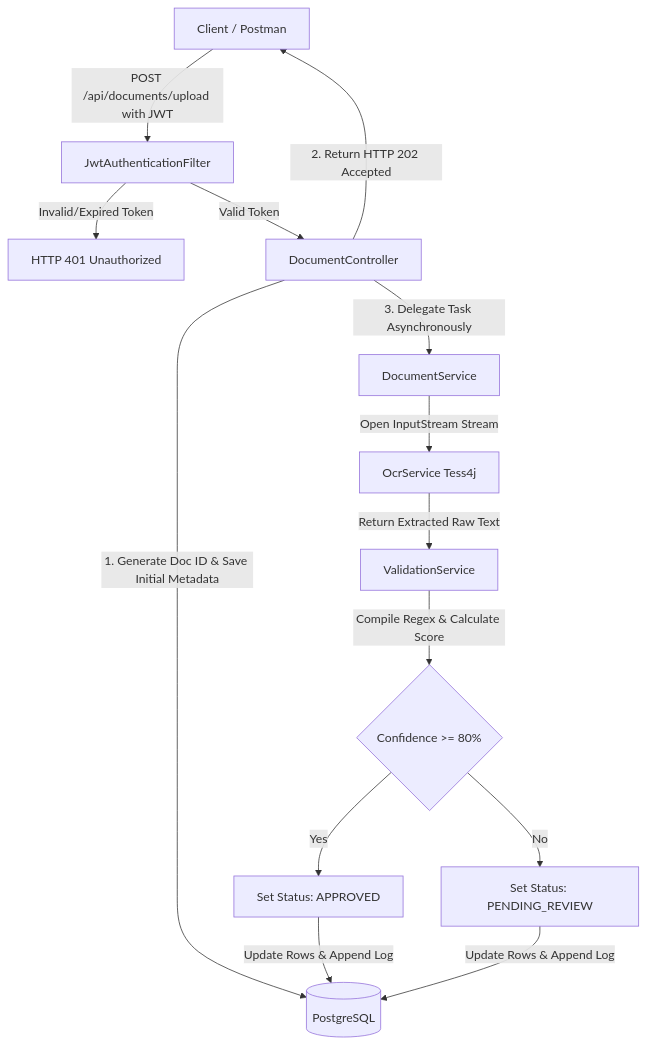
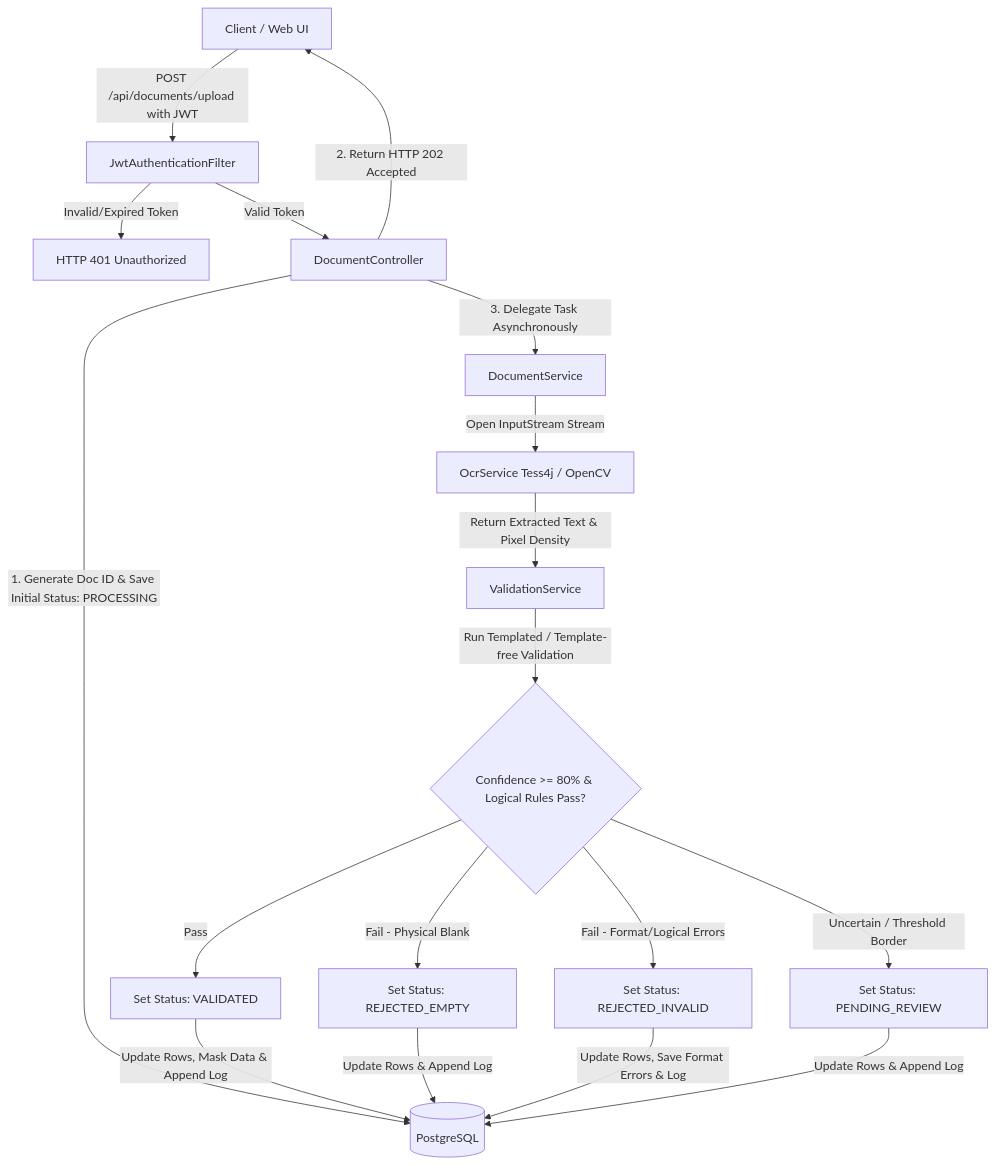
Before and after one commit to pelinevleksiz/validdoc: the first of 3 diagrams in SDD.md, drawn with Mermaid. The commit also changed other lines of this file, not shown here.

````diff
--- a/SDD.md
+++ b/SDD.md
@@ -17,20 +17,25 @@
 ```mermaid
 graph TD
-    Client[Client / Postman] -->|POST /api/documents/upload with JWT| Filter[JwtAuthenticationFilter]
+    Client[Client / Web UI] -->|POST /api/documents/upload with JWT| Filter[JwtAuthenticationFilter]
     Filter -->|Invalid/Expired Token| AuthError[HTTP 401 Unauthorized]
     Filter -->|Valid Token| Controller[DocumentController]
-    
-    Controller -->|1. Generate Doc ID & Save Initial Metadata| DB[(PostgreSQL)]
+
+    Controller -->|1. Generate Doc ID & Save Initial Status: PROCESSING| DB[(PostgreSQL)]
     Controller -->|2. Return HTTP 202 Accepted| Client
     Controller -->|3. Delegate Task Asynchronously| Service[DocumentService]
-    
-    Service -->|Open InputStream Stream| OCR[OcrService Tess4j]
-    OCR -->|Return Extracted Raw Text| Validation[ValidationService]
-    
-    Validation -->|Compile Regex & Calculate Score| Eval{Confidence >= 80%}
-    Eval -->|Yes| Approved[Set Status: APPROVED]
-    Eval -->|No| Review[Set Status: PENDING_REVIEW]
-    
-    Approved -->|Update Rows & Append Log| DB
+
+    Service -->|Open InputStream Stream| OCR[OcrService Tess4j / OpenCV]
+    OCR -->|Return Extracted Text & Pixel Density| Validation[ValidationService]
+
+    Validation -->|Run Templated / Template-free Validation| Eval{Confidence >= 80% & Logical Rules Pass?}
+
+    Eval -->|Pass| Validated[Set Status: VALIDATED]
+    Eval -->|Fail - Physical Blank| RejectedEmpty[Set Status: REJECTED_EMPTY]
+    Eval -->|Fail - Format/Logical Errors| RejectedInvalid[Set Status: REJECTED_INVALID]
+    Eval -->|Uncertain / Threshold Border| Review[Set Status: PENDING_REVIEW]
+
+    Validated -->|Update Rows, Mask Data & Append Log| DB
+    RejectedEmpty -->|Update Rows & Append Log| DB
+    RejectedInvalid -->|Update Rows, Save Format Errors & Log| DB
     Review -->|Update Rows & Append Log| DB
 ```
````
